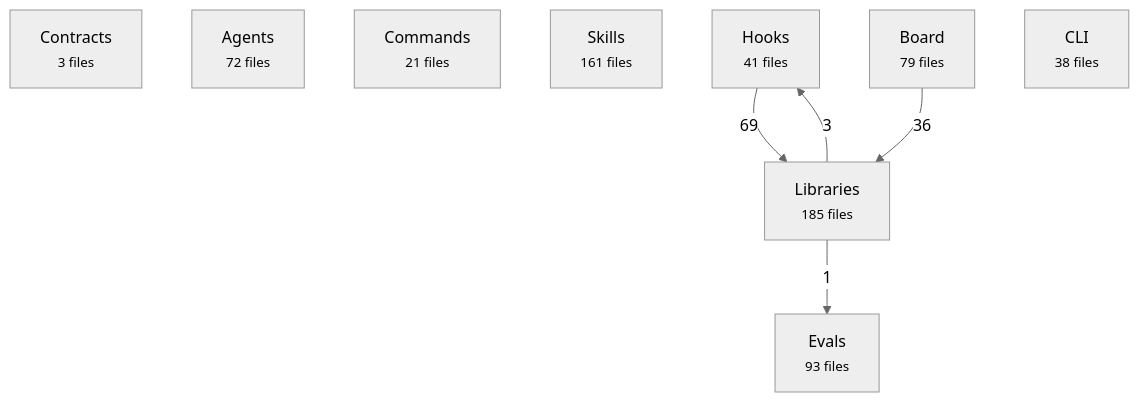
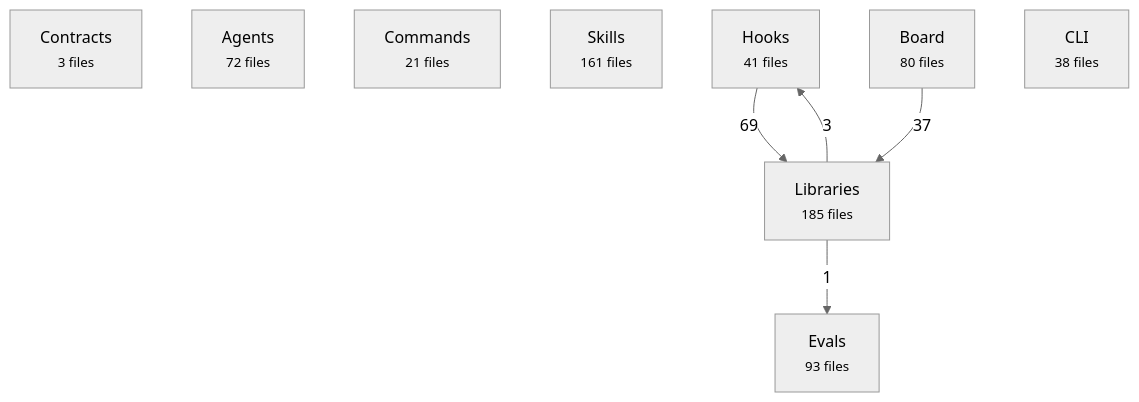
The first of 2 diagrams in docs/reference/architecture-map.md (avelikiy/great_cto), drawn with Mermaid (neutral theme) before and after one commit. The commit also changed other lines of this file, not shown here.

Commit message:
docs: regenerate the architecture map for board-cwd.test.mjs

````diff
--- a/docs/reference/architecture-map.md
+++ b/docs/reference/architecture-map.md
@@ -20,16 +20,16 @@
 ```mermaid
 flowchart TD
   contracts["Contracts<br/><small>3 files</small>"]
   agents["Agents<br/><small>72 files</small>"]
   commands["Commands<br/><small>21 files</small>"]
   skills["Skills<br/><small>161 files</small>"]
   hooks["Hooks<br/><small>41 files</small>"]
   libs["Libraries<br/><small>185 files</small>"]
-  board["Board<br/><small>79 files</small>"]
+  board["Board<br/><small>80 files</small>"]
   cli["CLI<br/><small>38 files</small>"]
   evals["Evals<br/><small>93 files</small>"]
   hooks -->|69| libs
-  board -->|36| libs
+  board -->|37| libs
   libs -->|3| hooks
   libs -->|1| evals
 ```
````
